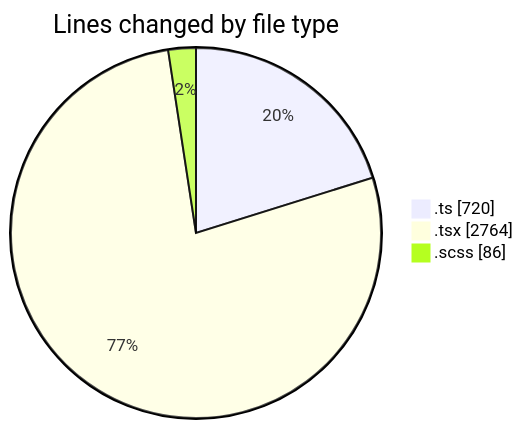
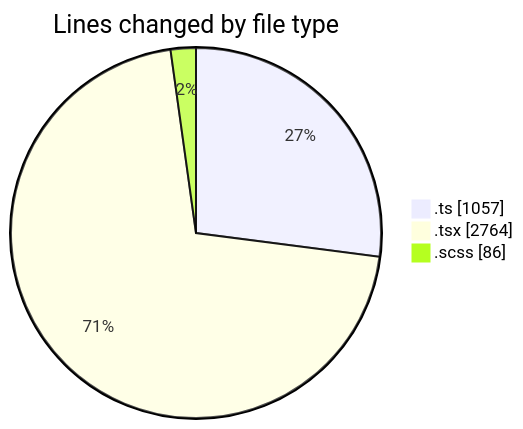
Before and after one commit to momahboobian/code-tracking: the first of 2 diagrams in 2026-10-21/cda/README.md, drawn with Mermaid. The commit also changed other lines of this file and 1 other file, not shown here.

````diff
--- a/2026-10-21/cda/README.md
+++ b/2026-10-21/cda/README.md
@@ -31,7 +31,7 @@
 ```mermaid
 pie showData
 title Lines changed by file type
-".ts" : 720
+".ts" : 1057
 ".tsx" : 2764
 ".scss" : 86
 ```
````
